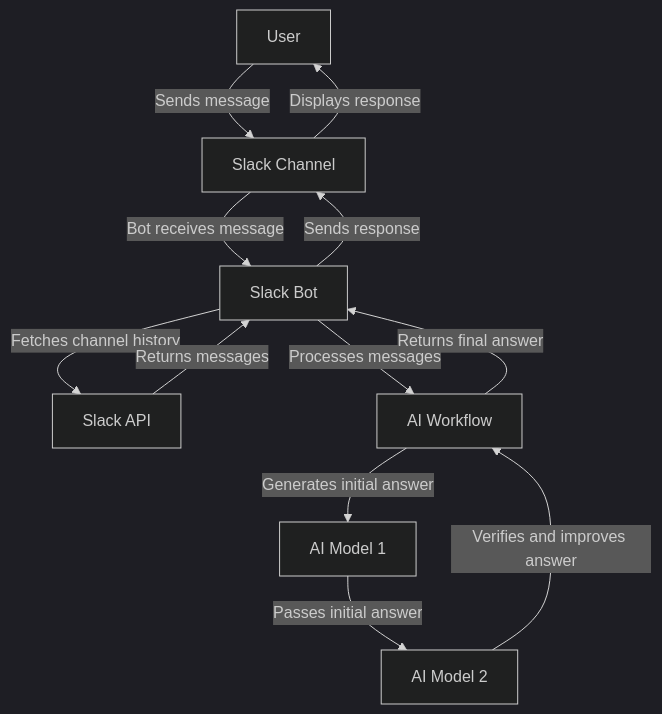
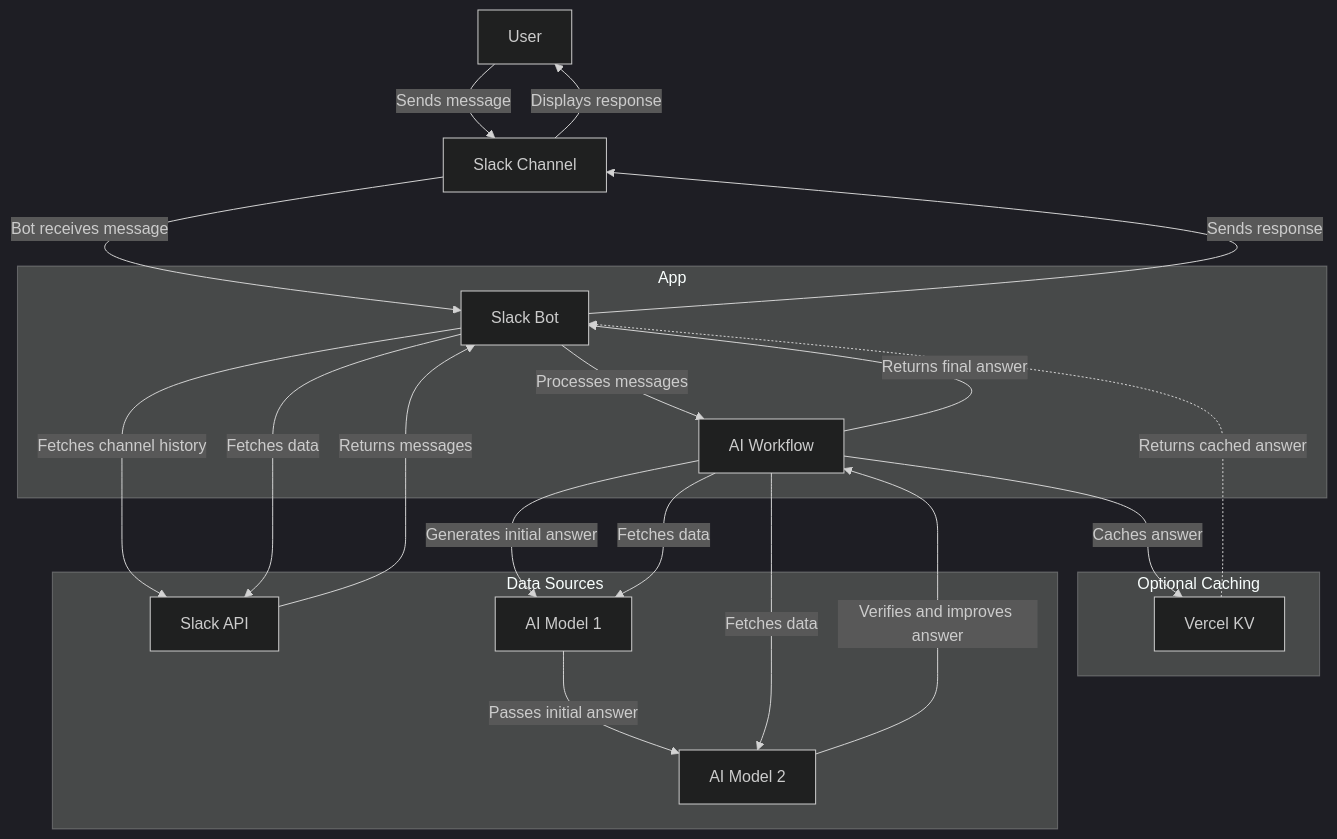
Before and after one commit to davilima6/support-bot: the diagram in README.md, drawn with Mermaid (dark theme). The commit also changed other lines of this file and 11 other files, not shown here.

````diff
--- a/README.md
+++ b/README.md
@@ -48,14 +15,27 @@
 ```mermaid
 graph TD
     A["User"] -->|"Sends message"| B["Slack Channel"]
     B -->|"Bot receives message"| C["Slack Bot"]
     C -->|"Fetches channel history"| D["Slack API"]
     D -->|"Returns messages"| C
     C -->|"Processes messages"| E["AI Workflow"]
     E -->|"Generates initial answer"| F["AI Model 1"]
     F -->|"Passes initial answer"| G["AI Model 2"]
     G -->|"Verifies and improves answer"| E
+    subgraph App
+        C
+        E
+    end
+    subgraph Optional Caching
+        E -->|"Caches answer"| H["Vercel KV"]
+        H -.->|"Returns cached answer"| C
+    end
     E -->|"Returns final answer"| C
     C -->|"Sends response"| B
     B -->|"Displays response"| A
+    subgraph Data Sources
+        C -->|"Fetches data"| D
+        E -->|"Fetches data"| F
+        E -->|"Fetches data"| G
+    end
 ```
````
